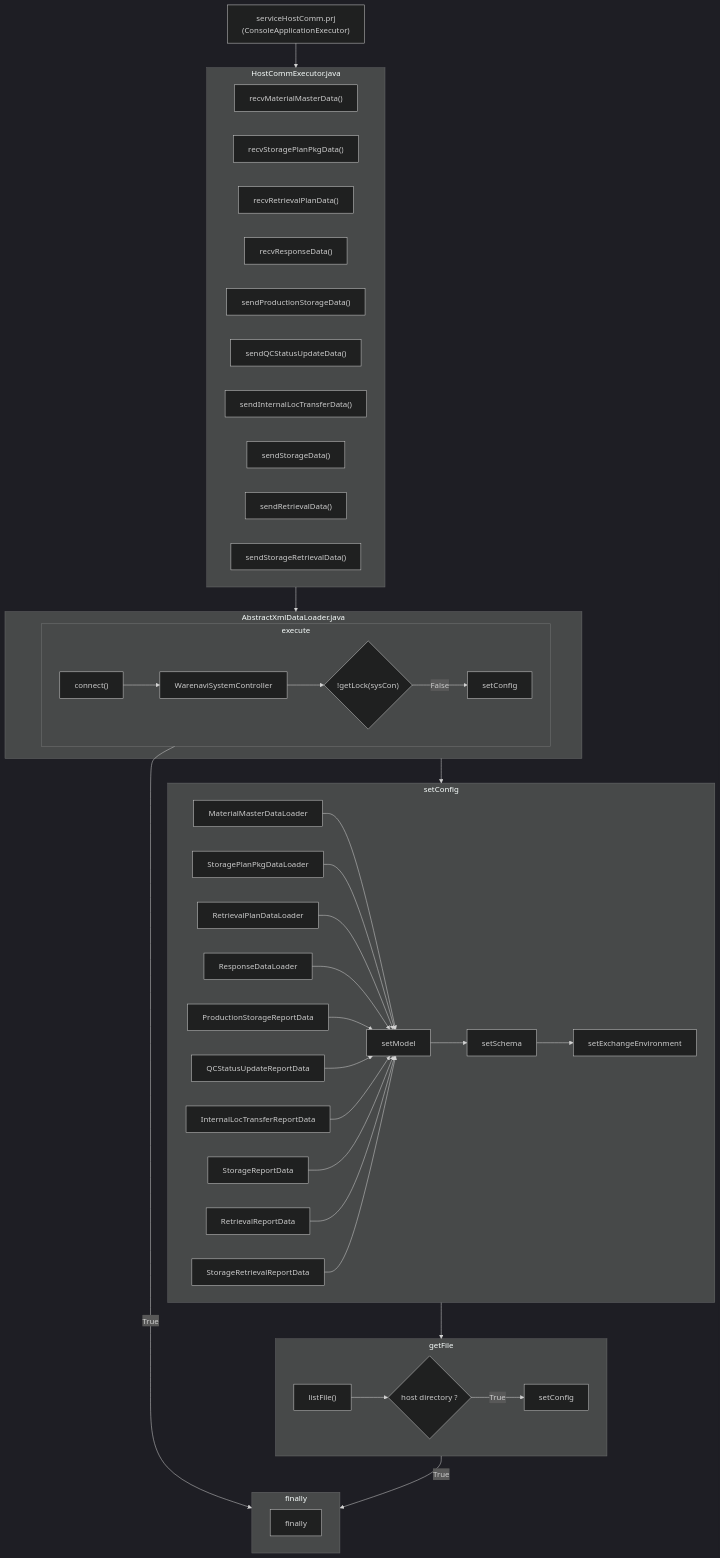
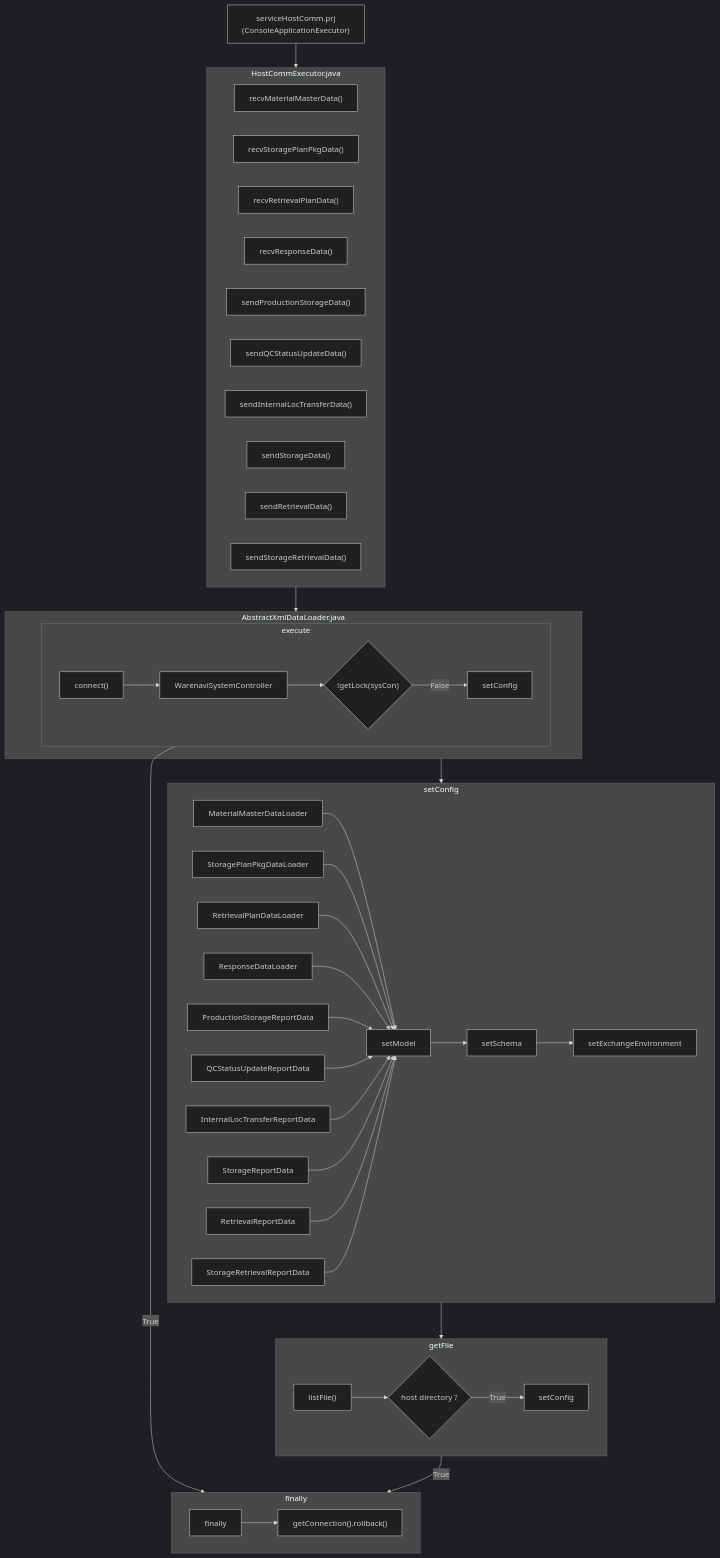
One commit to luthfiadityaa/SimeDarby-Wiki changed the diagram in Basic-Design/Host-Interfaces.md. Above: the diagram before and after it, drawn with Mermaid (dark theme).

Commit message:
Updated Host Interfaces

```diff
--- a/Basic-Design/Host-Interfaces.md
+++ b/Basic-Design/Host-Interfaces.md
@@ -30,79 +30,82 @@
 ::: mermaid
 flowchart TD
  C1["serviceHostComm.prj<br>(ConsoleApplicationExecutor)"]           
  C1 --> HostCommExecutor.java
  AbstractXmlDataLoader.java
  HostCommExecutor.java --> AbstractXmlDataLoader.java
  AbstractXmlDataLoader.java --> setConfig
  setConfig --> getFile
  execute --> |True| finally
  getFile --> |True| finally
 
 subgraph HostCommExecutor.java
  C2["recvMaterialMasterData()"]
  C3["recvStoragePlanPkgData()"]
  C4["recvRetrievalPlanData()"]
  C5["recvResponseData()"]
  C6["sendProductionStorageData()"]
  C7["sendQCStatusUpdateData()"]
  C8["sendInternalLocTransferData()"]
  C9["sendStorageData()"]
  C10["sendRetrievalData()"]
  C11["sendStorageRetrievalData()"]
 end
 
 subgraph AbstractXmlDataLoader.java
  execute        
 end
 
 subgraph execute
  C13["connect()"]
  C14["WarenaviSystemController"]
  
  Cond1{"!getLock(sysCon)"} 
 
  C16["setConfig"]
 
  C13 --> C14 --> Cond1
  Cond1 --> |False| C16   
 end
 
 subgraph setConfig
 
  E11["setModel"]
  E12["setSchema"]
  E13["setExchangeEnvironment"]
 
  E11--> E12 --> E13
 
  C21["MaterialMasterDataLoader"] --> E11
  C22["StoragePlanPkgDataLoader"] --> E11
  C23["RetrievalPlanDataLoader"] --> E11
  C24["ResponseDataLoader"] --> E11
  C25["ProductionStorageReportData"] --> E11
  C26["QCStatusUpdateReportData"] --> E11
  C27["InternalLocTransferReportData"] --> E11
  C28["StorageReportData"] --> E11
  C29["RetrievalReportData"] --> E11
  C30["StorageRetrievalReportData"] --> E11
             
 end
 
 subgraph getFile
  C31["listFile()"]    
 
  Cond2{"host directory ?"}   
 
  C32["setConfig"]
 
  C31 --> Cond2
 
 Cond2 --> |True| C32
 
 end
 
 subgraph finally
- C15["finally"]
+ C51 --> C52
+
+ C51["finally"]
+ C52["getConnection().rollback()"]
 end
 
 :::
```
